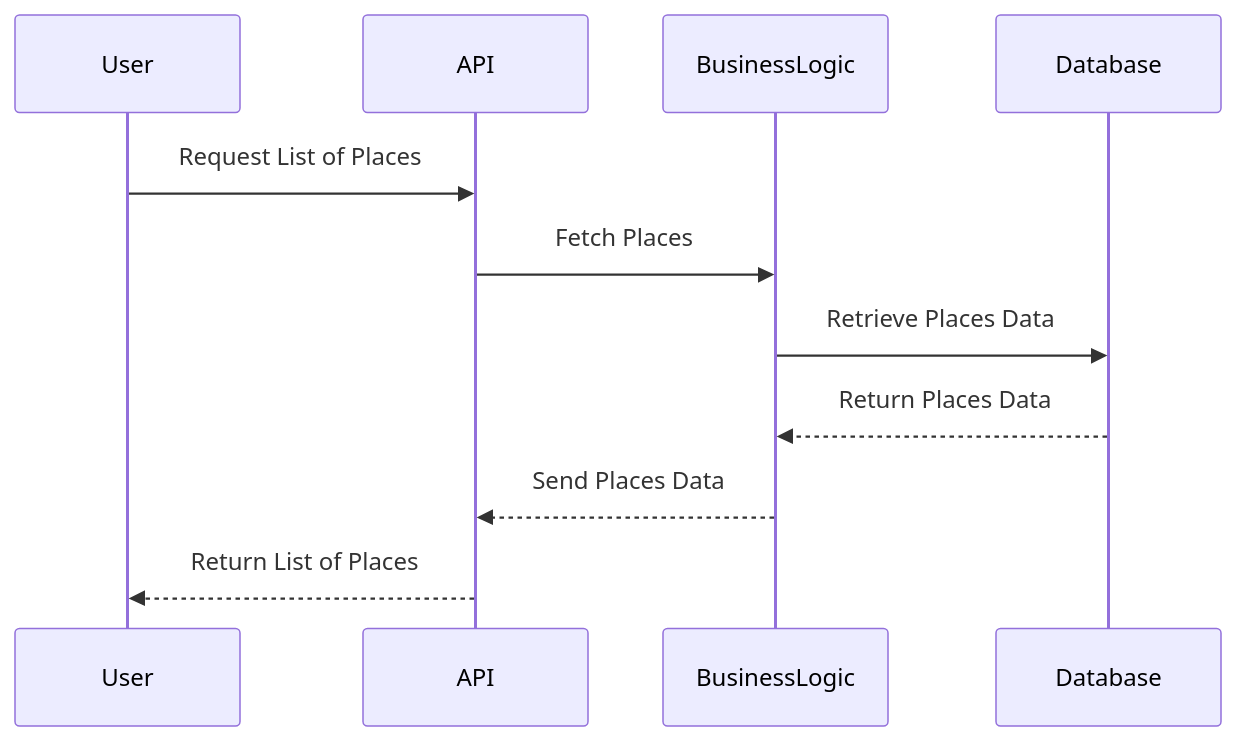
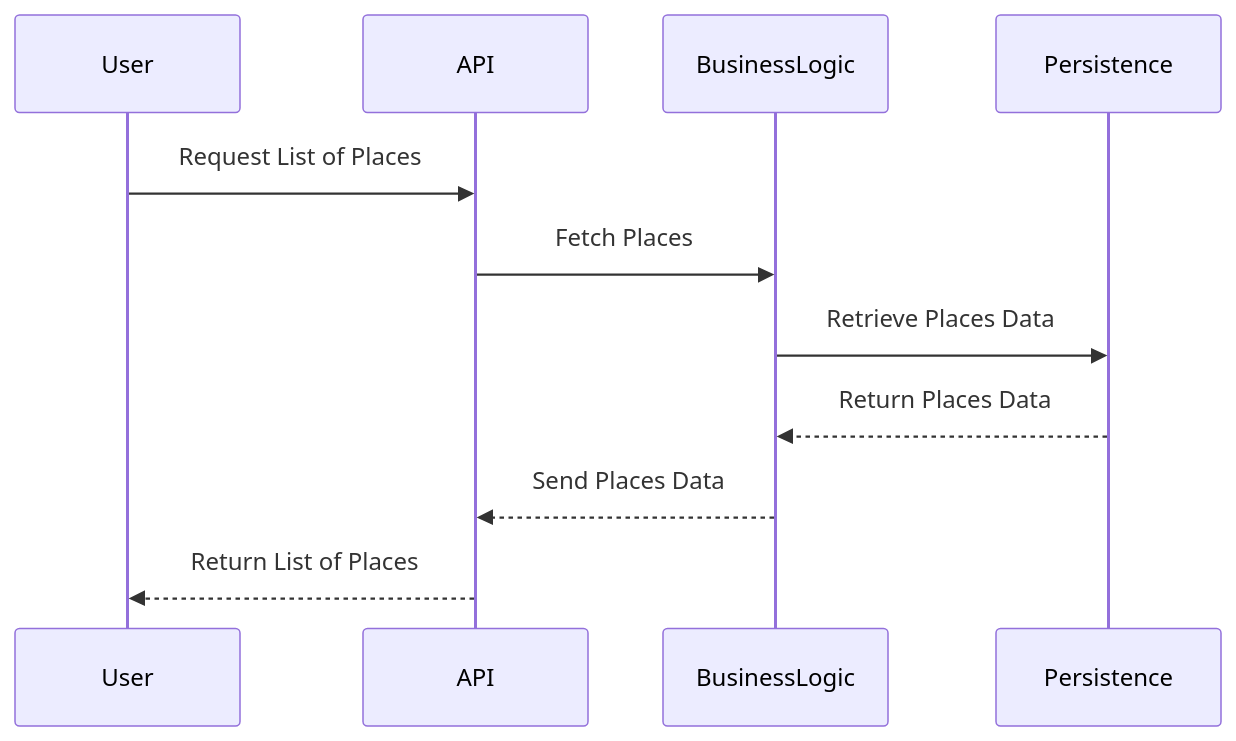
The sixth of 6 diagrams in Part1_UML/README.md (SDINAHET/HBnB), drawn with Mermaid before and after one commit. The commit also changed other lines of this file and 1 other file, not shown here.

````diff
--- a/Part1_UML/README.md
+++ b/Part1_UML/README.md
@@ -301,14 +301,14 @@
 ```mermaid
 sequenceDiagram
 participant User
 participant API
 participant BusinessLogic
-participant Database
+participant Persistence
 
 User->>API: Request List of Places
 API->>BusinessLogic: Fetch Places
-BusinessLogic->>Database: Retrieve Places Data
-Database-->>BusinessLogic: Return Places Data
+BusinessLogic->>Persistence: Retrieve Places Data
+Persistence-->>BusinessLogic: Return Places Data
 BusinessLogic-->>API: Send Places Data
 API-->>User: Return List of Places
 ```
````
